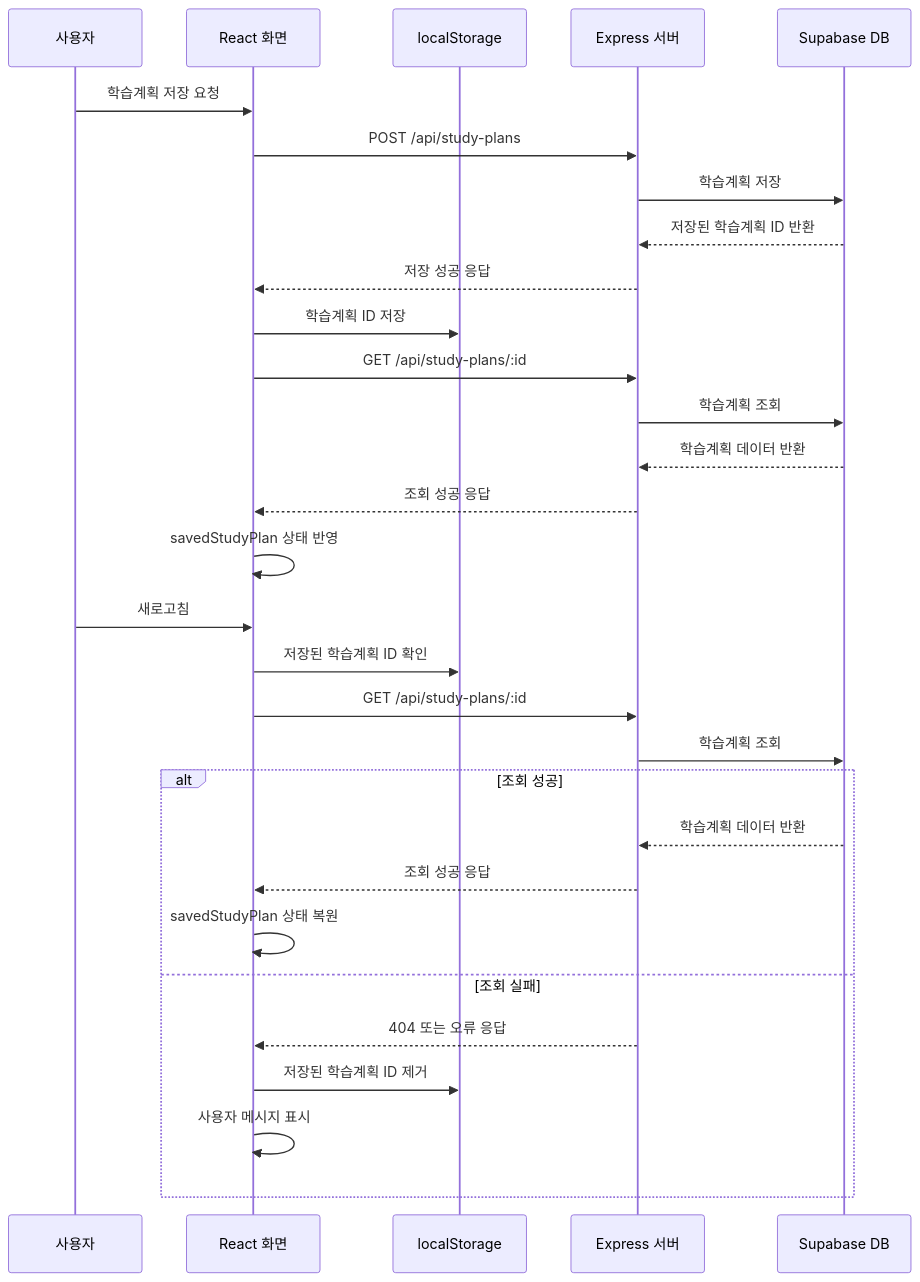
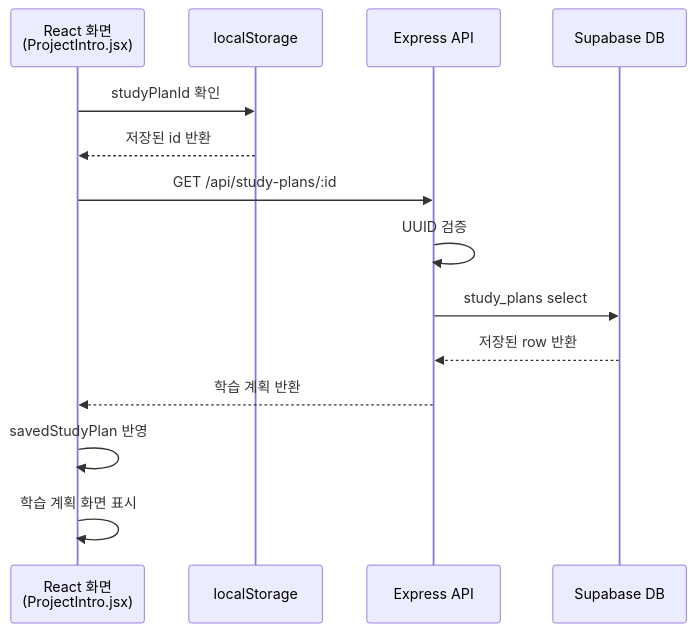
One commit to Mureung1/hub-showcase changed the second of 2 diagrams in README.md. Above: the diagram before and after it, drawn with Mermaid. The commit also changed other lines of this file, not shown here.

Commit message:
docs: add service architecture and data flow

````diff
--- a/README.md
+++ b/README.md
@@ -47,34 +49,17 @@
 ```mermaid
 sequenceDiagram
-  participant User as 사용자
-  participant React as React 화면
+  participant React as React 화면<br/>(ProjectIntro.jsx)
   participant Storage as localStorage
-  participant Express as Express 서버
-  participant Supabase as Supabase DB
+  participant API as Express API
+  participant DB as Supabase DB
 
-  User->>React: 학습계획 저장 요청
-  React->>Express: POST /api/study-plans
-  Express->>Supabase: 학습계획 저장
-  Supabase-->>Express: 저장된 학습계획 ID 반환
-  Express-->>React: 저장 성공 응답
-  React->>Storage: 학습계획 ID 저장
-  React->>Express: GET /api/study-plans/:id
-  Express->>Supabase: 학습계획 조회
-  Supabase-->>Express: 학습계획 데이터 반환
-  Express-->>React: 조회 성공 응답
-  React->>React: savedStudyPlan 상태 반영
-
-  User->>React: 새로고침
-  React->>Storage: 저장된 학습계획 ID 확인
-  React->>Express: GET /api/study-plans/:id
-  Express->>Supabase: 학습계획 조회
-  alt 조회 성공
-    Supabase-->>Express: 학습계획 데이터 반환
-    Express-->>React: 조회 성공 응답
-    React->>React: savedStudyPlan 상태 복원
-  else 조회 실패
-    Express-->>React: 404 또는 오류 응답
-    React->>Storage: 저장된 학습계획 ID 제거
-    React->>React: 사용자 메시지 표시
-  end
+  React->>Storage: studyPlanId 확인
+  Storage-->>React: 저장된 id 반환
+  React->>API: GET /api/study-plans/:id
+  API->>API: UUID 검증
+  API->>DB: study_plans select
+  DB-->>API: 저장된 row 반환
+  API-->>React: 학습 계획 반환
+  React->>React: savedStudyPlan 반영
+  React->>React: 학습 계획 화면 표시
 ```
````
